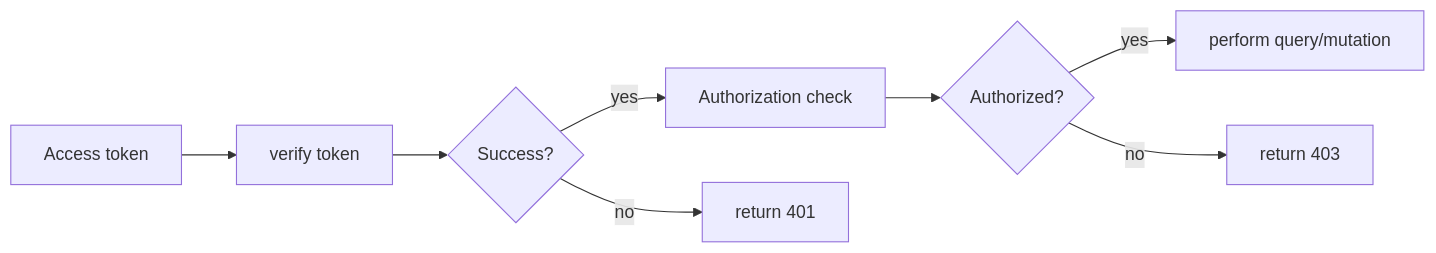
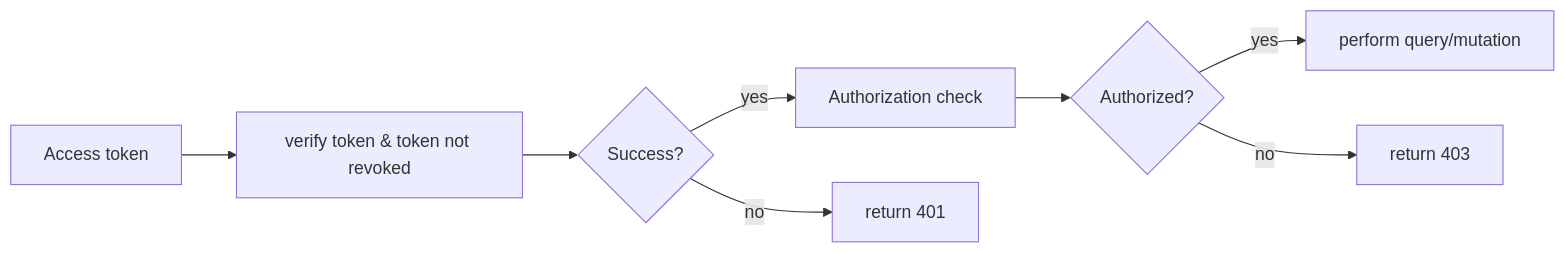
The fifth of 5 diagrams in README.md (CDLUC3/dmsp_backend_prototype), drawn with Mermaid before and after one commit. The commit also changed other lines of this file and 7 other files, not shown here.

````diff
--- a/README.md
+++ b/README.md
@@ -133,10 +135,10 @@
 ```mermaid
 flowchart LR;
-  a[Access token]-->b[verify token];
+  a[Access token]-->b[verify token & token not revoked];
   b-->c{Success?};
   c-->|yes| d[Authorization check]
   c-->|no| e[return 401]
   d-->f{Authorized?};
   f-->|yes| g[perform query/mutation]
   f-->|no| h[return 403]
 ```
````
